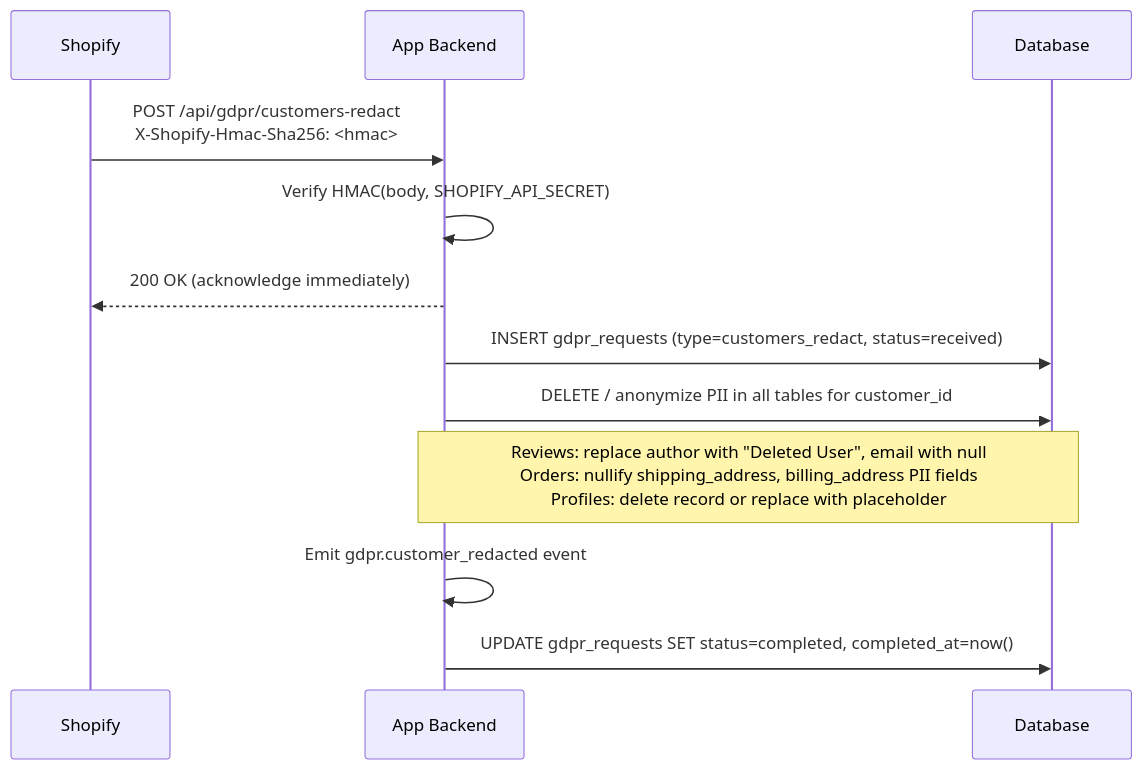
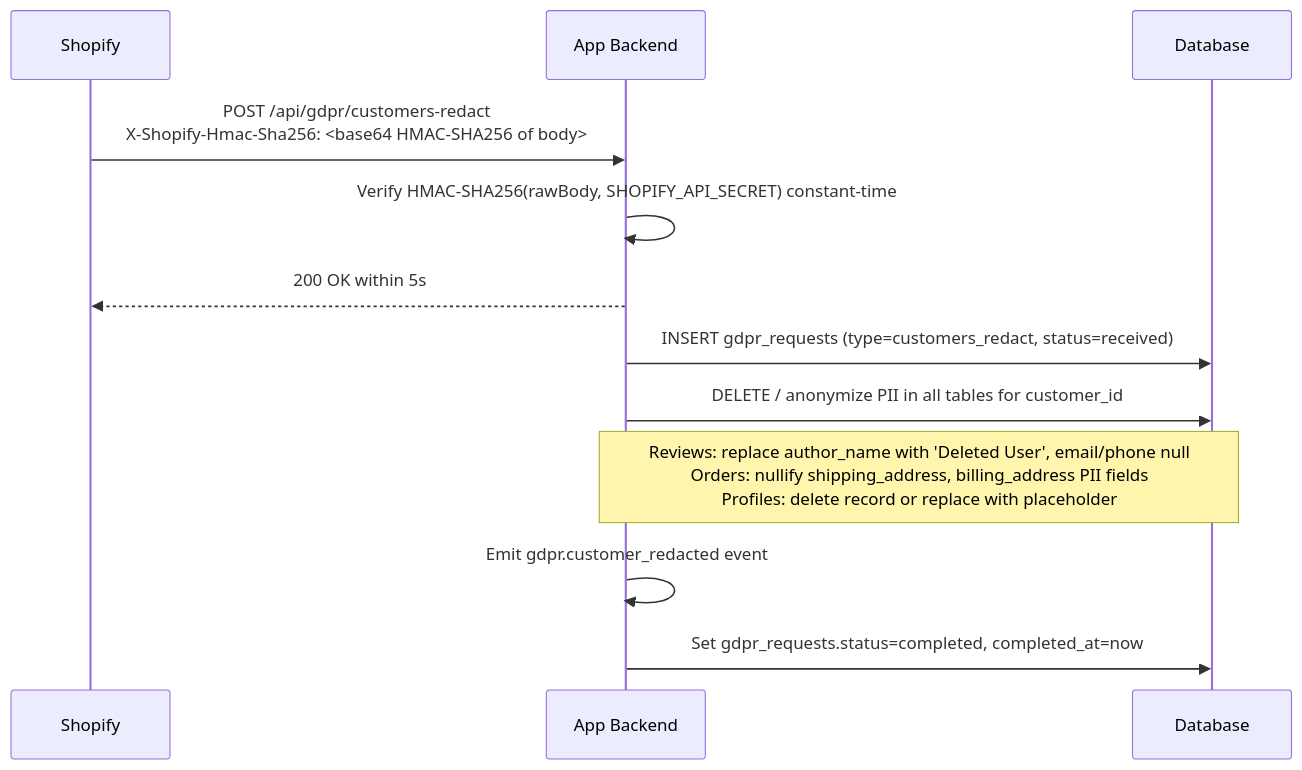
Before and after one commit to nguyenvanduocit/primitive-blocks-specs: the fourth of 5 diagrams in compliance/shopify-gdpr/README.md, drawn with Mermaid. The commit also changed other lines of this file and 7 other files, not shown here.

````diff
--- a/compliance/shopify-gdpr/README.md
+++ b/compliance/shopify-gdpr/README.md
@@ -164,15 +185,15 @@
 ```mermaid
 sequenceDiagram
     participant S as Shopify
     participant A as App Backend
     participant DB as Database
 
-    S->>A: POST /api/gdpr/customers-redact<br/>X-Shopify-Hmac-Sha256: <hmac>
-    A->>A: Verify HMAC(body, SHOPIFY_API_SECRET)
-    A-->>S: 200 OK (acknowledge immediately)
+    S->>A: POST /api/gdpr/customers-redact<br/>X-Shopify-Hmac-Sha256: <base64 HMAC-SHA256 of body>
+    A->>A: Verify HMAC-SHA256(rawBody, SHOPIFY_API_SECRET) constant-time
+    A-->>S: 200 OK within 5s
     A->>DB: INSERT gdpr_requests (type=customers_redact, status=received)
     A->>DB: DELETE / anonymize PII in all tables for customer_id
-    Note over A,DB: Reviews: replace author with "Deleted User", email with null<br/>Orders: nullify shipping_address, billing_address PII fields<br/>Profiles: delete record or replace with placeholder
+    Note over A,DB: Reviews: replace author_name with 'Deleted User', email/phone null<br/>Orders: nullify shipping_address, billing_address PII fields<br/>Profiles: delete record or replace with placeholder
     A->>A: Emit gdpr.customer_redacted event
-    A->>DB: UPDATE gdpr_requests SET status=completed, completed_at=now()
+    A->>DB: Set gdpr_requests.status=completed, completed_at=now
 ```
````
